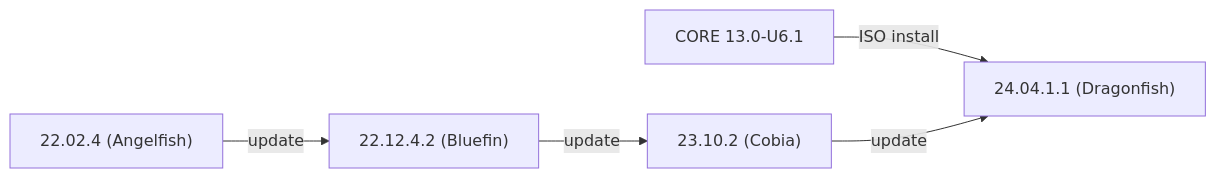
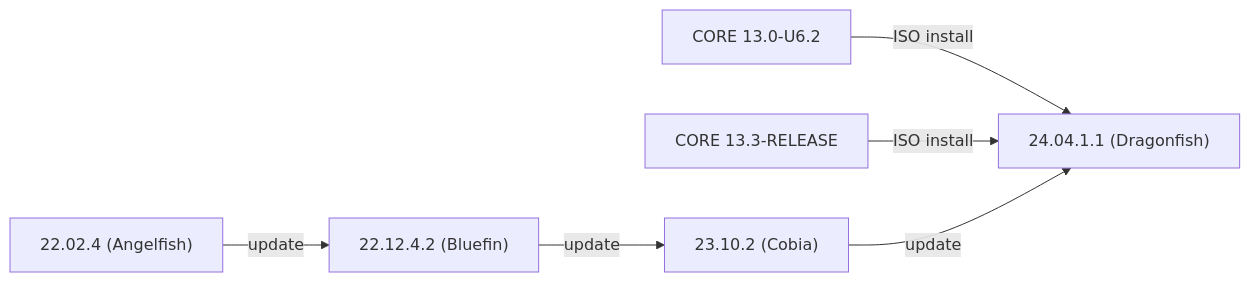
One commit to truenas/documentation changed the first of 2 diagrams in static/includes/SCALEUpgradePaths.md. Above: the diagram before and after it, drawn with Mermaid. The commit also changed other lines of this file, not shown here.

Commit message:
Update the upgrade paths a little more
Found some cruft in the SCALE path and added another entry for the 13.3-RELEASE (with current recommended upgrade path)

```diff
--- a/static/includes/SCALEUpgradePaths.md
+++ b/static/includes/SCALEUpgradePaths.md
@@ -12,8 +12,9 @@
       {{< mermaid class="mermaid_sizing" >}}
       flowchart LR
         A["22.02.4 (Angelfish)"] -->|update| C
-        B["CORE 13.0-U6.1"] -->|ISO install| E
+        B["CORE 13.0-U6.2"] -->|ISO install| E
+		F["CORE 13.3-RELEASE"] --> |ISO install| E
         C["22.12.4.2 (Bluefin)"] -->|update| D
         D["23.10.2 (Cobia)"] -->|update| E
         E["24.04.1.1 (Dragonfish)"]
       {{< /mermaid >}}
```
